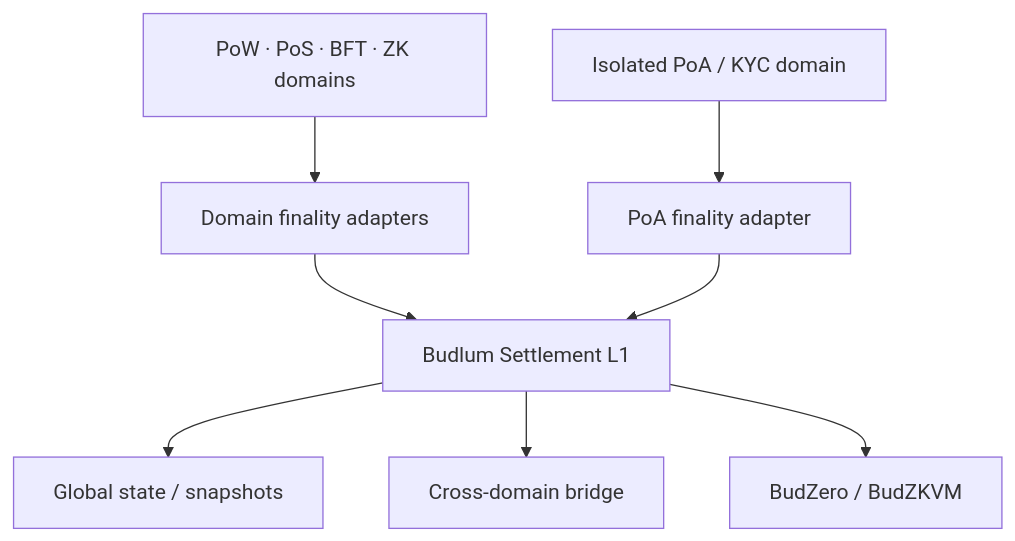
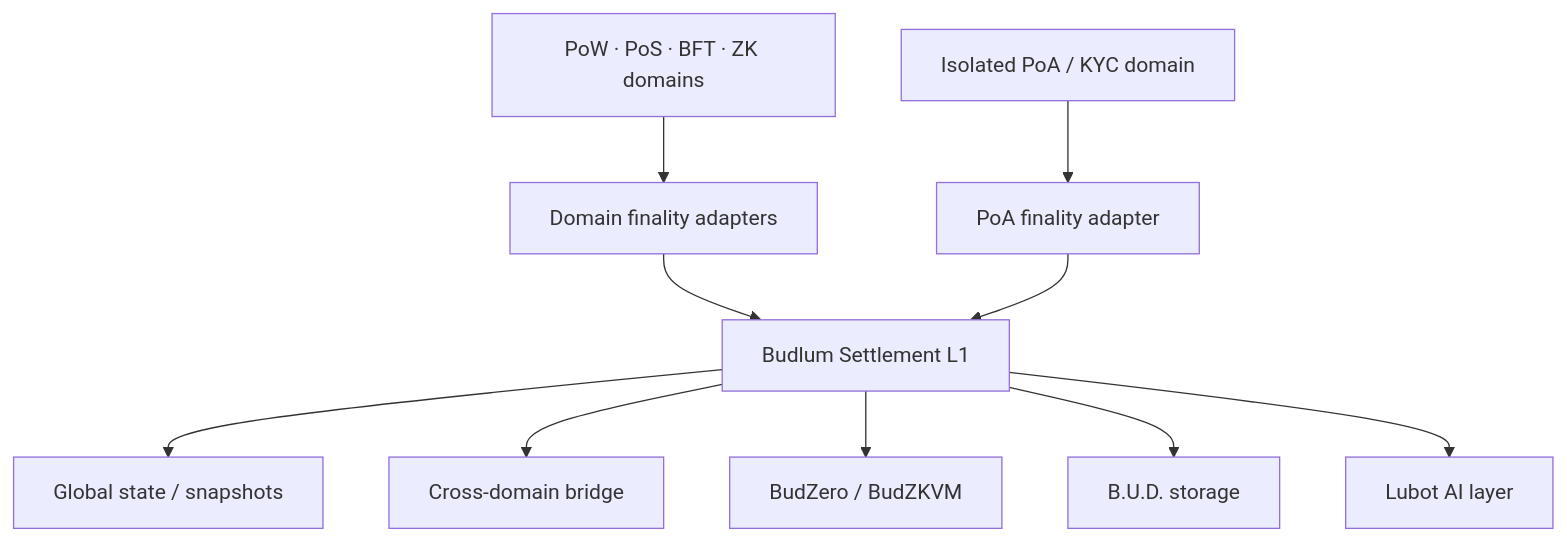
One commit to budlum-xyz/budlum changed the diagram in README.md. Above: the diagram before and after it, drawn with Mermaid. The commit also changed other lines of this file, not shown here.

````diff
--- a/README.md
+++ b/README.md
@@ -80,10 +53,12 @@
 ```mermaid
 flowchart TB
   Domains[PoW · PoS · BFT · ZK domains] --> Finality[Domain finality adapters]
   PoA[Isolated PoA / KYC domain] --> PoAFinality[PoA finality adapter]
   Finality --> L1[Budlum Settlement L1]
   PoAFinality --> L1
   L1 --> State[Global state / snapshots]
   L1 --> Bridge[Cross-domain bridge]
   L1 --> ZK[BudZero / BudZKVM]
+  L1 --> Storage[B.U.D. storage]
+  L1 --> AI[Lubot AI layer]
 ```
````
